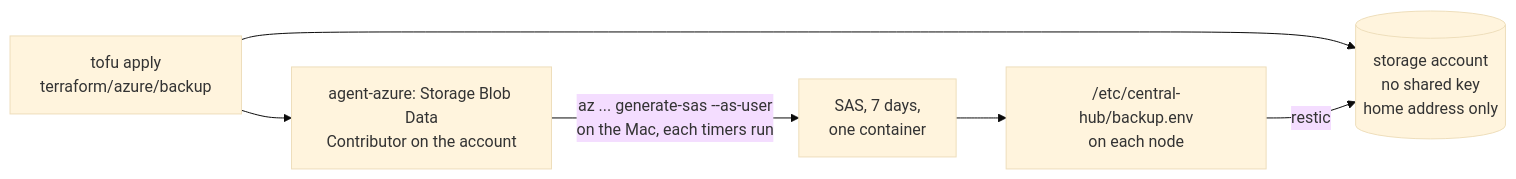
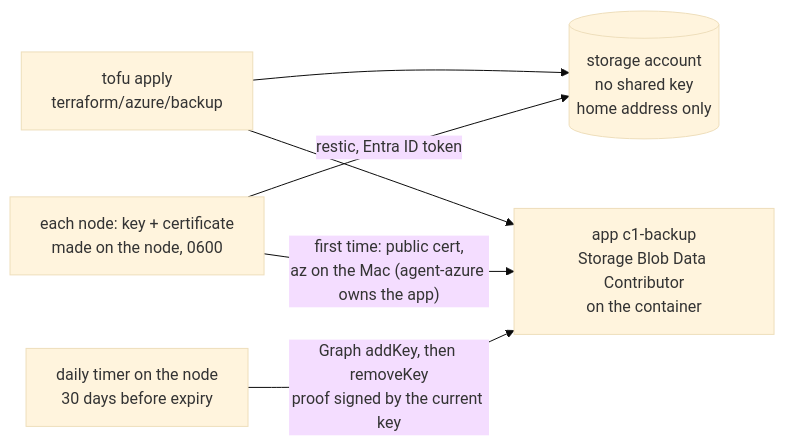
Before and after one commit to jonhill90/central-hub: the second of 2 diagrams in docs/runbooks/back-up-c1-off-box.md, drawn with Mermaid (base theme). The commit also changed other lines of this file and 30 other files, not shown here.

First line of the commit message:
feat: let c1's nodes sign in to Azure with a certificate they roll themselves (#124)

````diff
--- a/docs/runbooks/back-up-c1-off-box.md
+++ b/docs/runbooks/back-up-c1-off-box.md
@@ -55,8 +55,8 @@
 ```mermaid
 flowchart LR
   tofu["tofu apply<br/>terraform/azure/backup"] --> sa[("storage account<br/>no shared key<br/>home address only")]
-  tofu --> sp["agent-azure: Storage Blob Data<br/>Contributor on the account"]
-  sp -->|"az ... generate-sas --as-user<br/>on the Mac, each timers run"| sas["SAS, 7 days,<br/>one container"]
-  sas --> nodes["/etc/central-hub/backup.env<br/>on each node"]
-  nodes -->|restic| sa
+  tofu --> app["app c1-backup<br/>Storage Blob Data Contributor<br/>on the container"]
+  node["each node: key + certificate<br/>made on the node, 0600"] -->|"first time: public cert,<br/>az on the Mac (agent-azure owns the app)"| app
+  timer["daily timer on the node<br/>30 days before expiry"] -->|"Graph addKey, then removeKey<br/>proof signed by the current key"| app
+  node -->|restic, Entra ID token| sa
 ```
````
